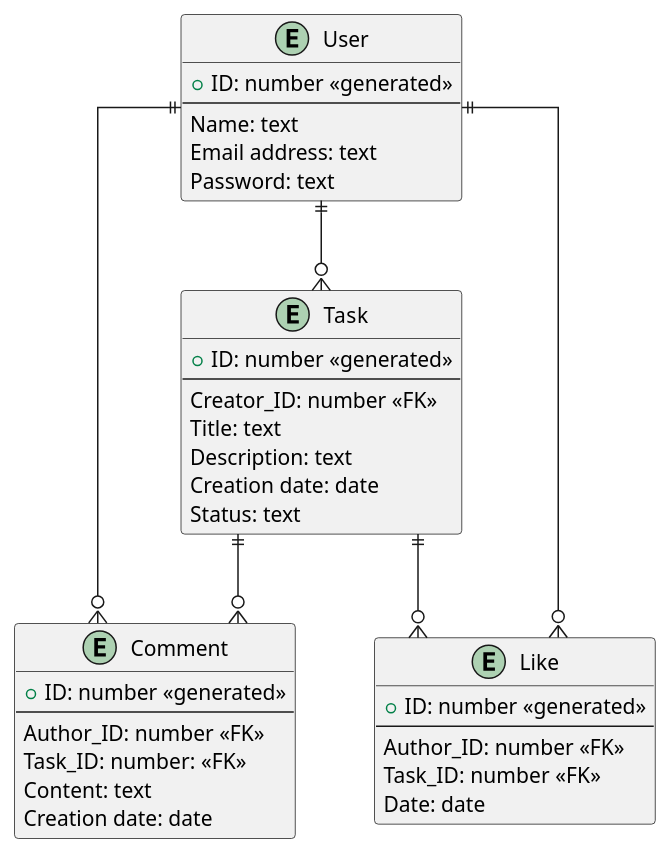
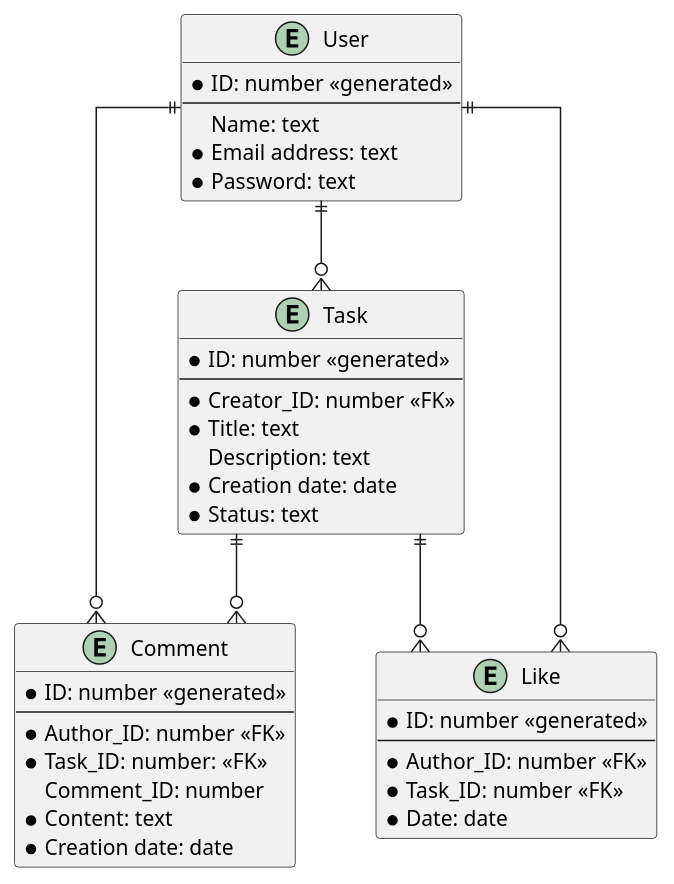
The diagram in doc/Entities_ER.puml (ArtemkaK1/TaskTracker), drawn with PlantUML before and after one commit.

Commit message:
entities fix

```diff
--- a/doc/Entities_ER.puml
+++ b/doc/Entities_ER.puml
@@ -1,46 +1,47 @@
 @startuml
 
 skinparam linetype ortho
 
 entity "User" {
-  + ID: number <<generated>>
+  * ID: number <<generated>>
   --
   Name: text
-  Email address: text
-  Password: text
+  * Email address: text
+  * Password: text
 }
 
 entity "Task" {
-  + ID: number <<generated>>
+  * ID: number <<generated>>
   --
-  Creator_ID: number <<FK>>
-  Title: text
+  * Creator_ID: number <<FK>>
+  * Title: text
   Description: text
-  Creation date: date
-  Status: text
+  * Creation date: date
+  * Status: text
 }
 
 entity "Comment" {
-  + ID: number <<generated>>
+  * ID: number <<generated>>
   --
-  Author_ID: number <<FK>>
-  Task_ID: number: <<FK>>
-  Content: text
-  Creation date: date
+  * Author_ID: number <<FK>>
+  * Task_ID: number: <<FK>>
+  Comment_ID: number
+  * Content: text
+  * Creation date: date
 }
 
 entity "Like" {
-  + ID: number <<generated>>
+  * ID: number <<generated>>
   --
-  Author_ID: number <<FK>>
-  Task_ID: number <<FK>>
-  Date: date
+  * Author_ID: number <<FK>>
+  * Task_ID: number <<FK>>
+  * Date: date
 }
 
 User ||--o{ Task
 User ||--o{ Comment
 Task ||--o{ Comment
 User ||--o{ Like
 Task ||--o{ Like
 
 @enduml
```
